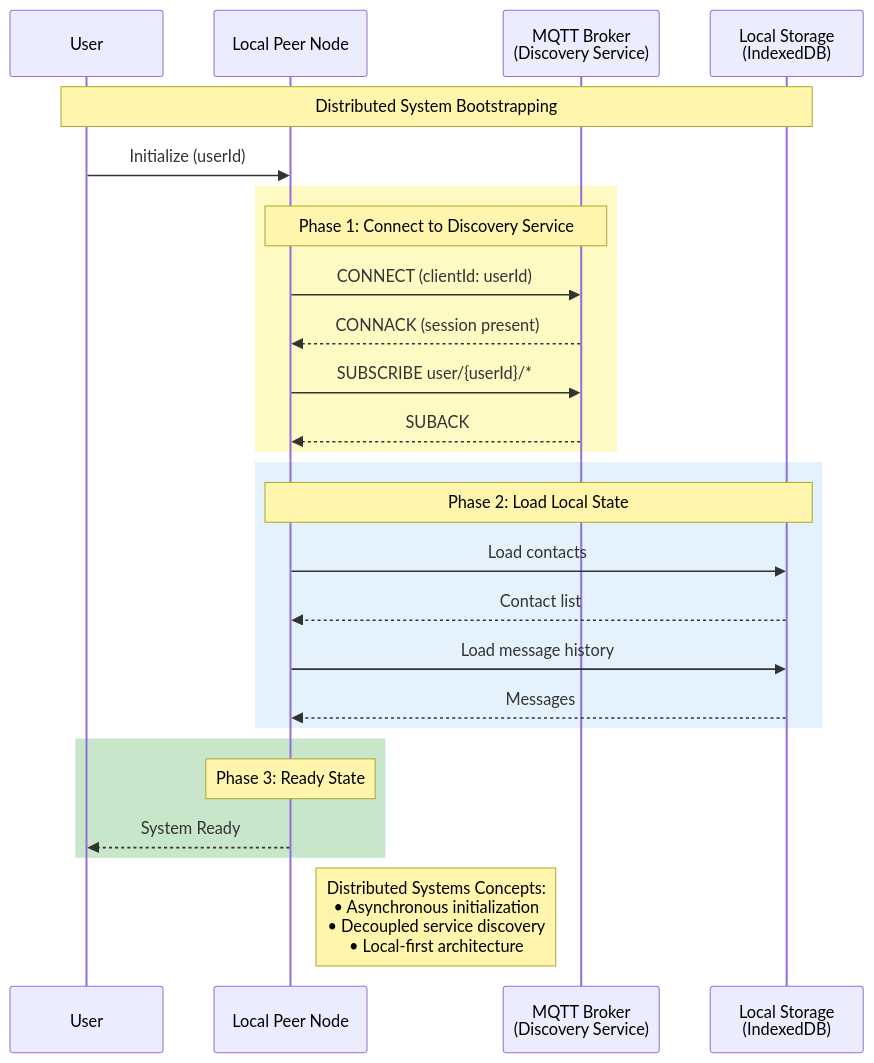
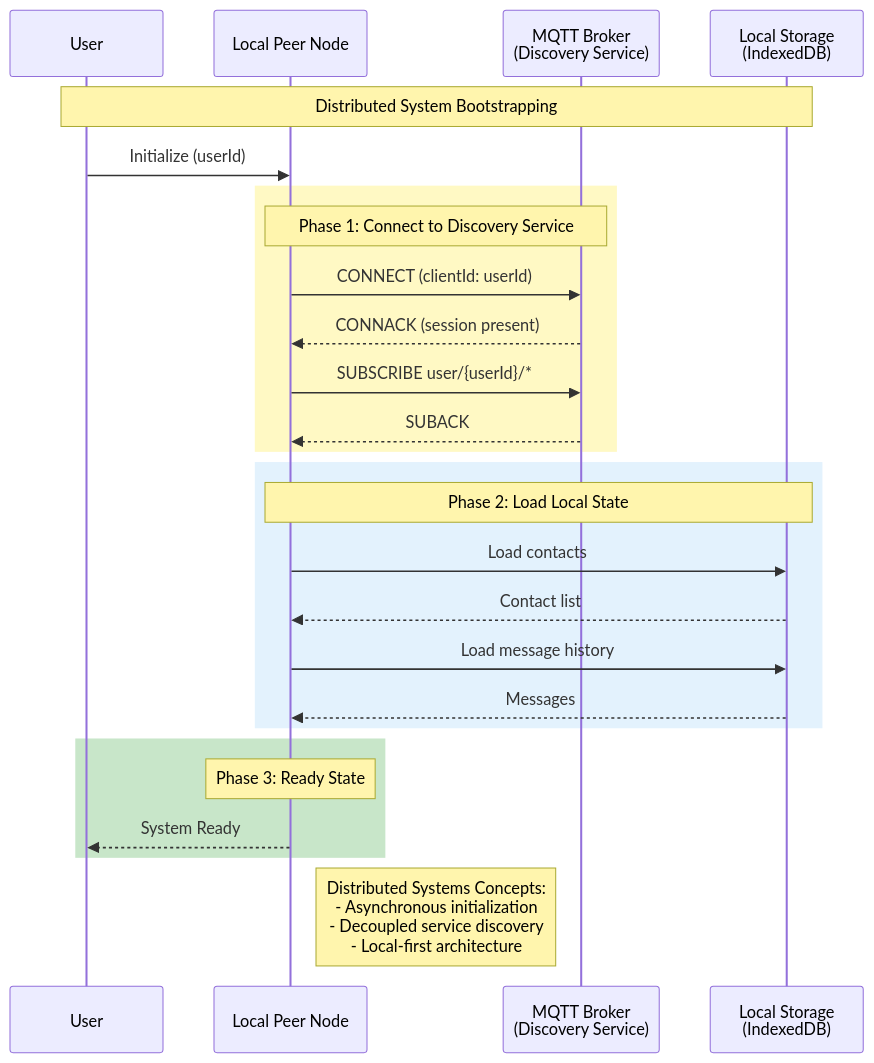
Before and after one commit to amr-kasem/distributed-systems-react-chat-peer: the first of 8 diagrams in docs/sequence-diagrams.md, drawn with Mermaid. The commit also changed other lines of this file and 5 other files, not shown here.

Commit message:
solved issues with diagrams

````diff
--- a/docs/sequence-diagrams.md
+++ b/docs/sequence-diagrams.md
@@ -13,34 +13,34 @@
 ```mermaid
 sequenceDiagram
     participant User
     participant LocalNode as Local Peer Node
     participant MQTT as MQTT Broker<br/>(Discovery Service)
     participant Storage as Local Storage<br/>(IndexedDB)
     
     Note over User,Storage: Distributed System Bootstrapping
     
     User->>LocalNode: Initialize (userId)
     
     rect rgb(255, 249, 196)
         Note over LocalNode,MQTT: Phase 1: Connect to Discovery Service
         LocalNode->>MQTT: CONNECT (clientId: userId)
         MQTT-->>LocalNode: CONNACK (session present)
         LocalNode->>MQTT: SUBSCRIBE user/{userId}/*
         MQTT-->>LocalNode: SUBACK
     end
     
     rect rgb(227, 242, 253)
         Note over LocalNode,Storage: Phase 2: Load Local State
         LocalNode->>Storage: Load contacts
         Storage-->>LocalNode: Contact list
         LocalNode->>Storage: Load message history
         Storage-->>LocalNode: Messages
     end
     
     rect rgb(200, 230, 201)
         Note over LocalNode: Phase 3: Ready State
         LocalNode-->>User: System Ready
     end
     
-    Note right of LocalNode: Distributed Systems Concepts:<br/>• Asynchronous initialization<br/>• Decoupled service discovery<br/>• Local-first architecture
+    Note right of LocalNode: Distributed Systems Concepts:<br/>- Asynchronous initialization<br/>- Decoupled service discovery<br/>- Local-first architecture
 ```
````
